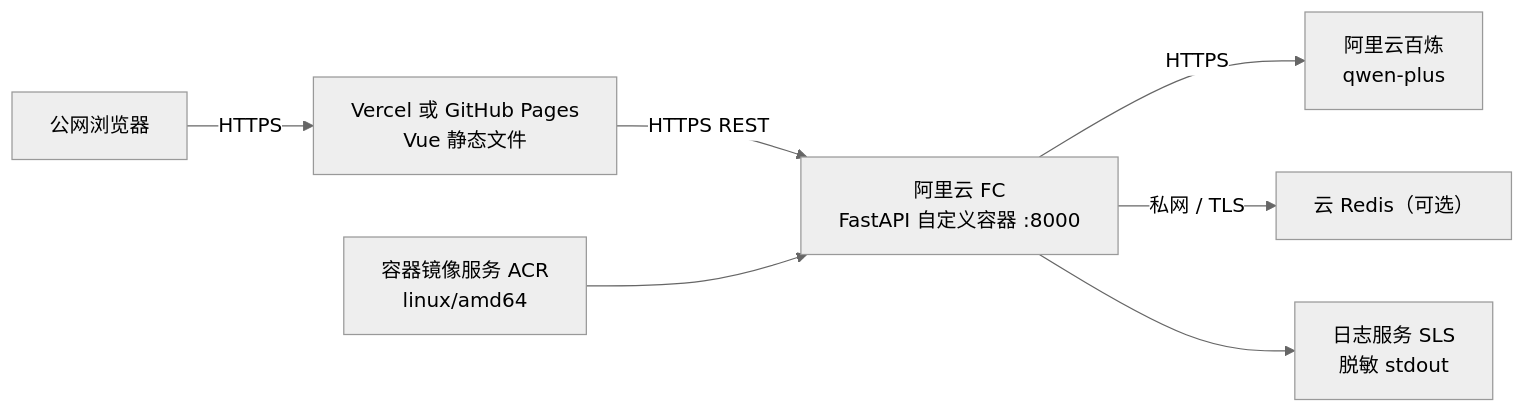
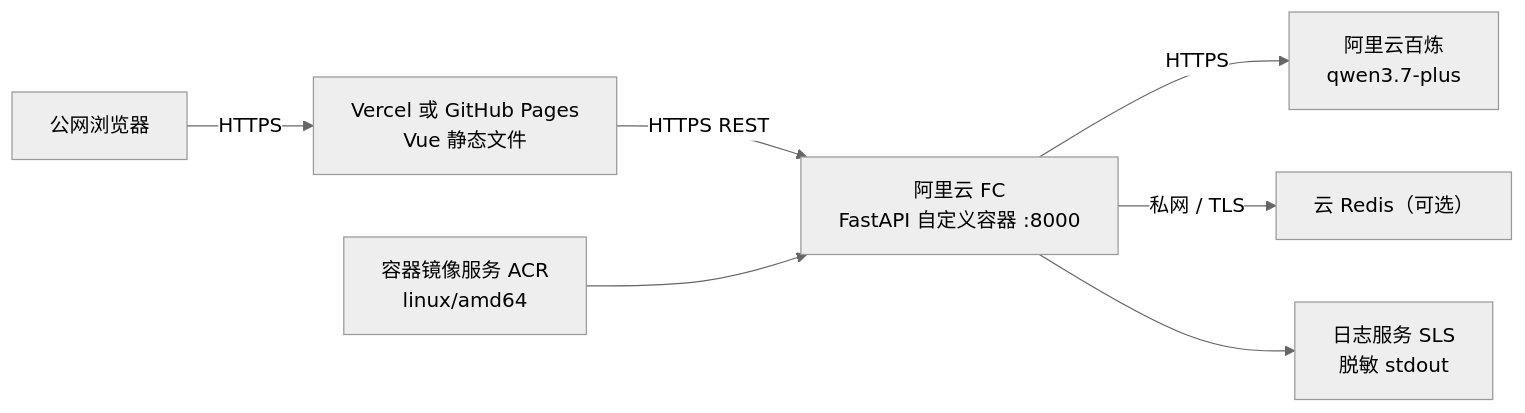
One commit to ZYZ666-RGB/ai-resume-analyzer changed the diagram in docs/deployment.md. Above: the diagram before and after it, drawn with Mermaid (neutral theme). The commit also changed other lines of this file and 3 other files, not shown here.

````diff
--- a/docs/deployment.md
+++ b/docs/deployment.md
@@ -7,9 +7,9 @@
 ```mermaid
 flowchart LR
     User["公网浏览器"] -->|"HTTPS"| Static["Vercel 或 GitHub Pages\nVue 静态文件"]
     Static -->|"HTTPS REST"| FC["阿里云 FC\nFastAPI 自定义容器 :8000"]
-    FC -->|"HTTPS"| Bailian["阿里云百炼\nqwen-plus"]
+    FC -->|"HTTPS"| Bailian["阿里云百炼\nqwen3.7-plus"]
     FC -->|"私网 / TLS"| Redis["云 Redis（可选）"]
     FC --> Logs["日志服务 SLS\n脱敏 stdout"]
     ACR["容器镜像服务 ACR\nlinux/amd64"] --> FC
 ```
````
